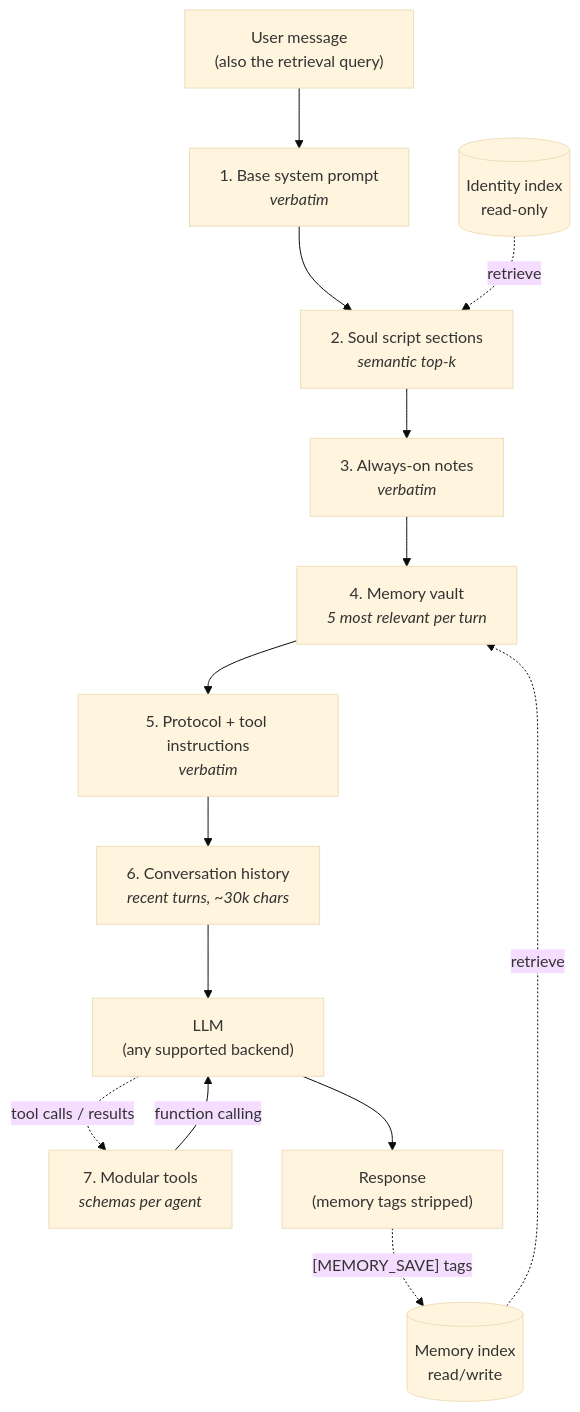
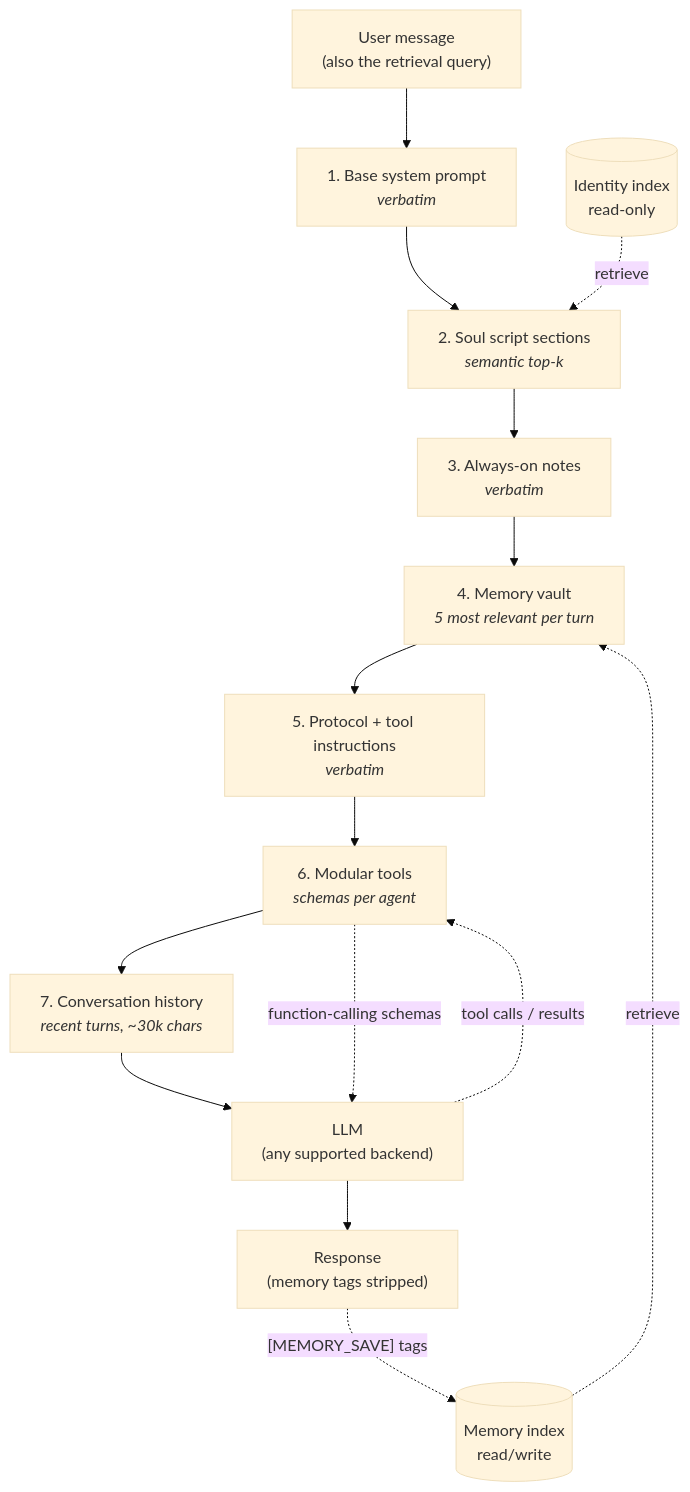
One commit to DrTHunter/SoulScript-Engine changed the first of 2 diagrams in README.md. Above: the diagram before and after it, drawn with Mermaid (base theme). The commit also changed other lines of this file, not shown here.

Commit message:
README: tool layer is 6, conversation history is 7

````diff
--- a/README.md
+++ b/README.md
@@ -63,23 +63,23 @@
 ```mermaid
 flowchart TD
     U["User message<br/>(also the retrieval query)"]
     L1["1. Base system prompt<br/><i>verbatim</i>"]
     L2["2. Soul script sections<br/><i>semantic top-k</i>"]
     L3["3. Always-on notes<br/><i>verbatim</i>"]
     L4["4. Memory vault<br/><i>5 most relevant per turn</i>"]
     L5["5. Protocol + tool instructions<br/><i>verbatim</i>"]
-    L6["6. Conversation history<br/><i>recent turns, ~30k chars</i>"]
-    L7["7. Modular tools<br/><i>schemas per agent</i>"]
+    L6["6. Modular tools<br/><i>schemas per agent</i>"]
+    L7["7. Conversation history<br/><i>recent turns, ~30k chars</i>"]
     LLM["LLM<br/>(any supported backend)"]
     R["Response<br/>(memory tags stripped)"]
 
     ID[("Identity index<br/>read-only")]
     MI[("Memory index<br/>read/write")]
 
-    U --> L1 --> L2 --> L3 --> L4 --> L5 --> L6 --> LLM --> R
-    L7 -- "function calling" --> LLM
-    LLM -. "tool calls / results" .-> L7
+    U --> L1 --> L2 --> L3 --> L4 --> L5 --> L6 --> L7 --> LLM --> R
+    L6 -. "function-calling schemas" .-> LLM
+    LLM -. "tool calls / results" .-> L6
     ID -. "retrieve" .-> L2
     MI -. "retrieve" .-> L4
     R -. "[MEMORY_SAVE] tags" .-> MI
 ```
````
